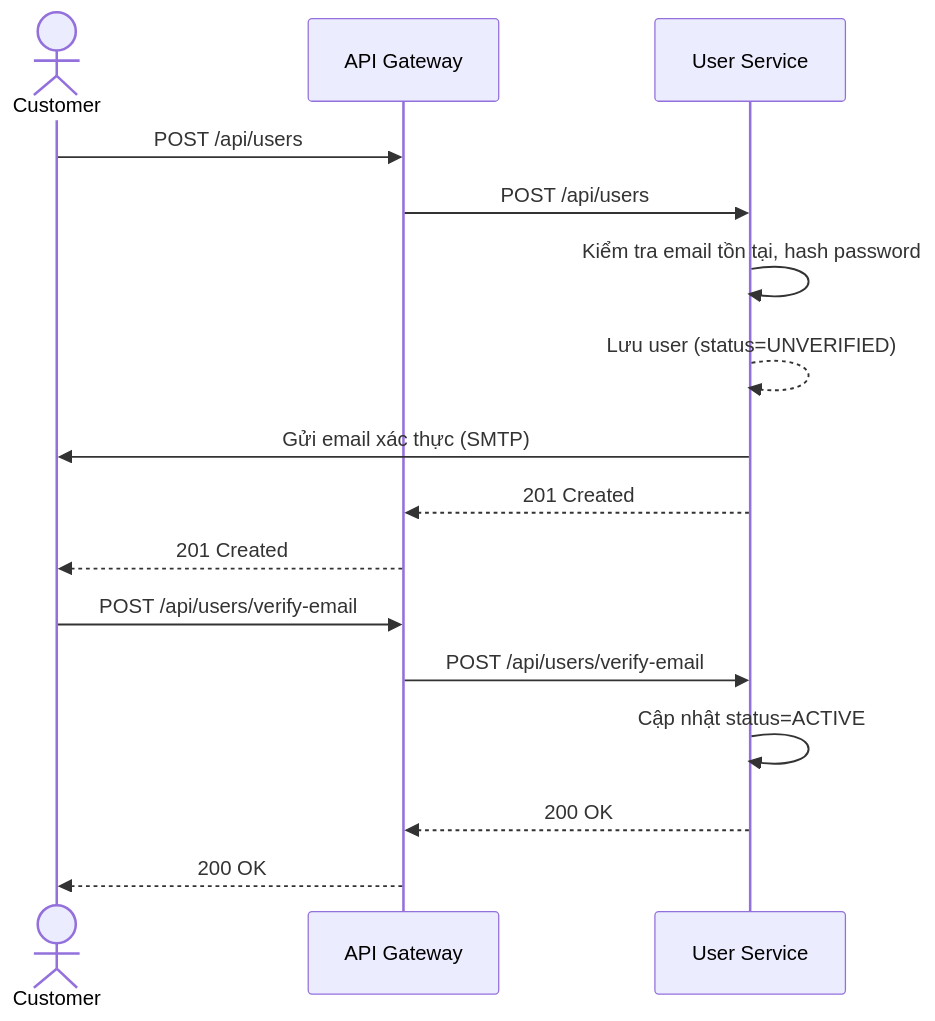
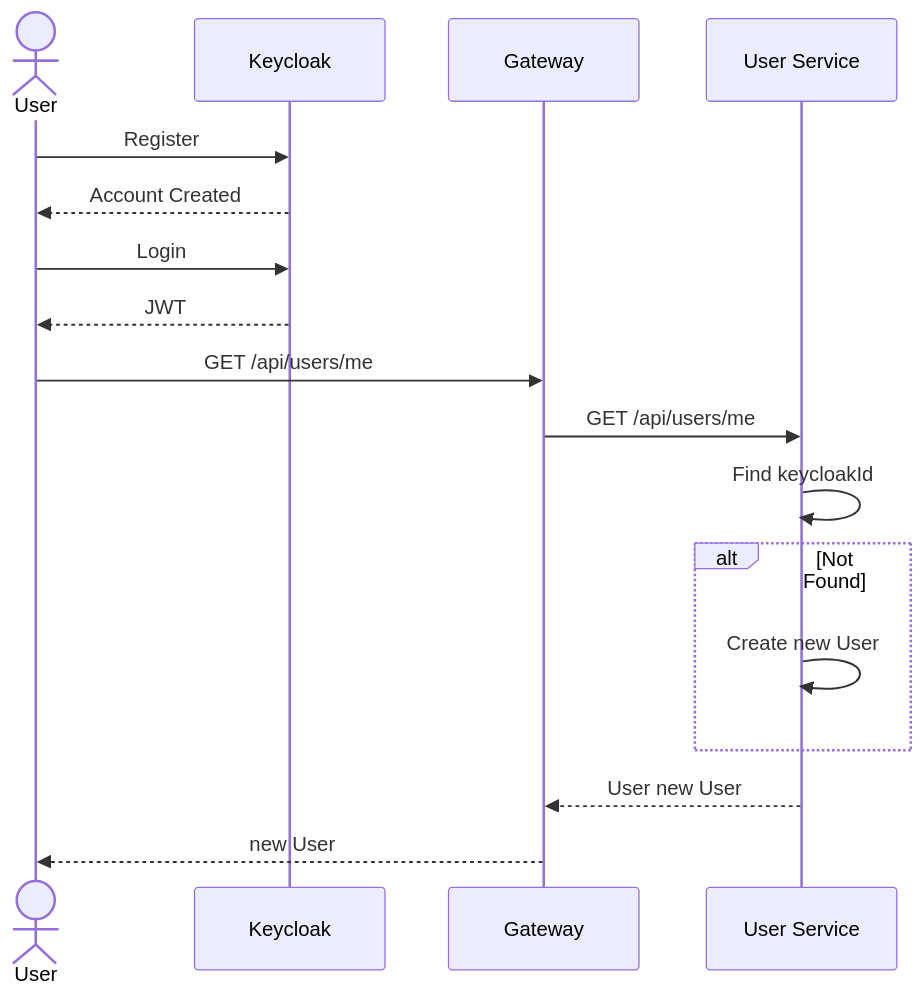
The second of 6 diagrams in docs/ad_user_service.md (dqminh2411/hotel-booking-system), drawn with Mermaid before and after one commit. The commit also changed other lines of this file and 35 other files, not shown here.

Commit message:
feat(user-servcice):  Chỉnh sửa lại doc, User service DB, controller, service,repo phù hợp với luồng hoạt động keycloak

````diff
--- a/docs/ad_user_service.md
+++ b/docs/ad_user_service.md
@@ -273,18 +173,35 @@
 ```mermaid
 sequenceDiagram
-    actor C as Customer
-    participant GW as API Gateway
-    participant US as User Service
-    C->>GW: POST /api/users
-    GW->>US: POST /api/users
-    US->>US: Kiểm tra email tồn tại, hash password
-    US-->>US: Lưu user (status=UNVERIFIED)
-    US->>C: Gửi email xác thực (SMTP)
-    US-->>GW: 201 Created
-    GW-->>C: 201 Created
-    C->>GW: POST /api/users/verify-email
-    GW->>US: POST /api/users/verify-email
-    US->>US: Cập nhật status=ACTIVE
-    US-->>GW: 200 OK
-    GW-->>C: 200 OK
+
+actor User
+
+participant KC as Keycloak
+
+participant GW as Gateway
+
+participant US as User Service
+
+User->>KC: Register
+
+KC-->>User: Account Created
+
+User->>KC: Login
+
+KC-->>User: JWT
+
+User->>GW: GET /api/users/me
+
+GW->>US: GET /api/users/me
+
+US->>US: Find keycloakId
+
+alt Not Found
+
+US->>US: Create new User
+
+end
+
+US-->>GW: User new User
+
+GW -->>User: new User
 ```
````
